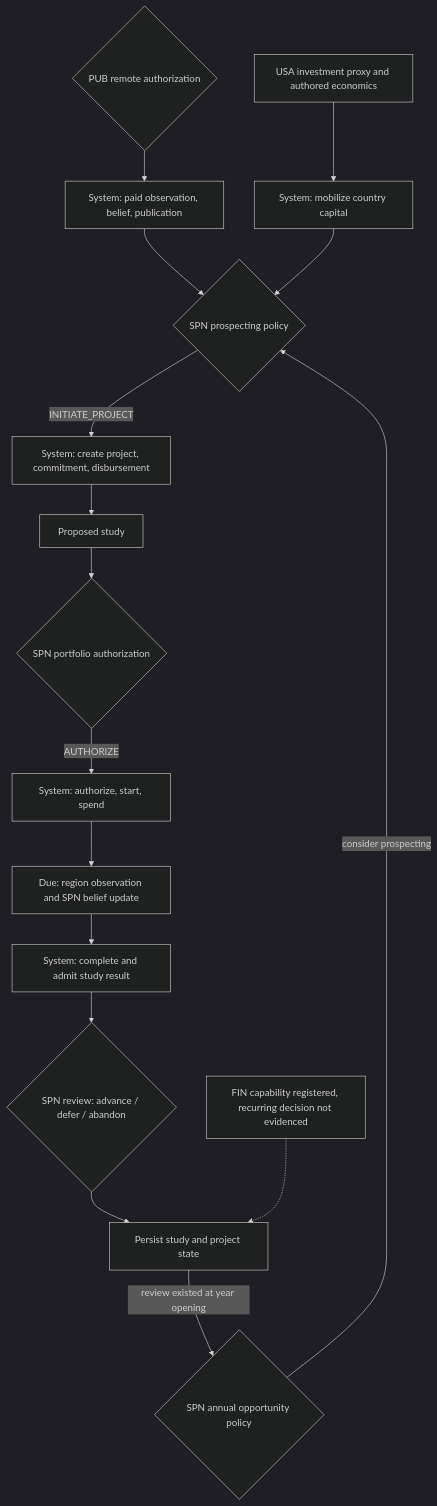
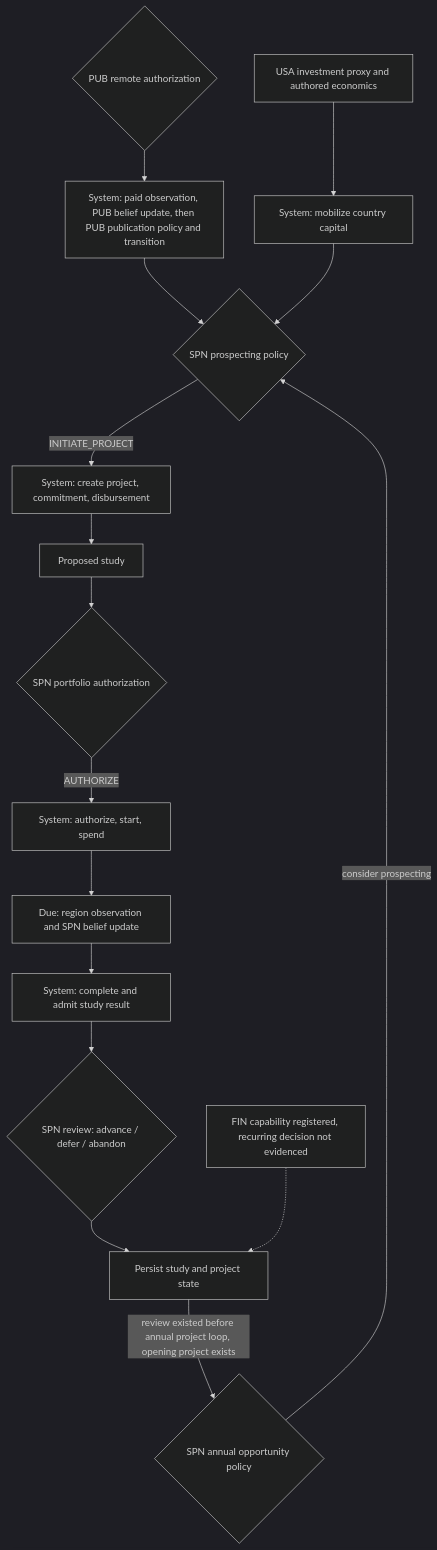
The fifth of 11 diagrams in simulation/offworld_mvp/build7/atlas/ATLAS.md (loom-2226/loom-2226), drawn with Mermaid (dark theme) before and after one commit. The commit also changed other lines of this file and 8 other files, not shown here.

````diff
--- a/simulation/offworld_mvp/build7/atlas/ATLAS.md
+++ b/simulation/offworld_mvp/build7/atlas/ATLAS.md
@@ -118,18 +118,18 @@
 ```mermaid
 flowchart TD
-  PUB{"PUB remote authorization"} --> REM["System: paid observation, belief, publication"]
+  PUB{"PUB remote authorization"} --> REM["System: paid observation, PUB belief update, then PUB publication policy and transition"]
   REM --> SPN{"SPN prospecting policy"}
   EARTH["USA investment proxy and authored economics"] --> MOB["System: mobilize country capital"]
   MOB --> SPN
   SPN -->|"INITIATE_PROJECT"| CREATE["System: create project, commitment, disbursement"]
   CREATE --> PROPOSED["Proposed study"]
   PROPOSED --> PORT{"SPN portfolio authorization"}
   PORT -->|"AUTHORIZE"| ACTIVE["System: authorize, start, spend"]
   ACTIVE --> DUE["Due: region observation and SPN belief update"]
   DUE --> RESULT["System: complete and admit study result"]
   RESULT --> REVIEW{"SPN review: advance / defer / abandon"}
   REVIEW --> STATE["Persist study and project state"]
-  STATE -->|"review existed at year opening"| ANNUAL{"SPN annual opportunity policy"}
+  STATE -->|"review existed before annual project loop, opening project exists"| ANNUAL{"SPN annual opportunity policy"}
   ANNUAL -->|"consider prospecting"| SPN
   FIN["FIN capability registered, recurring decision not evidenced"] -.-> STATE
 ```
````
